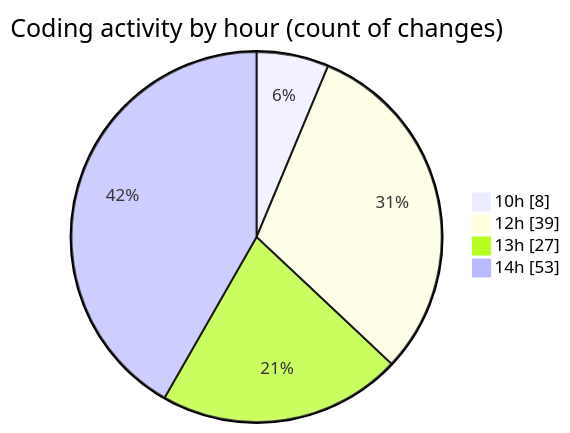
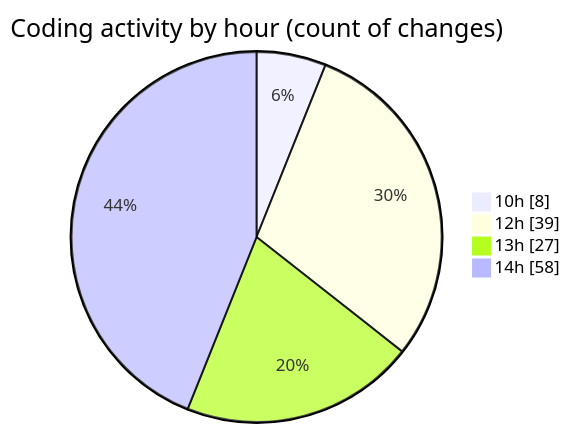
One commit to momahboobian/code-tracking changed the second of 2 diagrams in 2025-05-02/cda/README.md. Above: the diagram before and after it, drawn with Mermaid. The commit also changed other lines of this file and 1 other file, not shown here.

````diff
--- a/2025-05-02/cda/README.md
+++ b/2025-05-02/cda/README.md
@@ -41,8 +44,8 @@
 ```mermaid
 pie showData
 title Coding activity by hour (count of changes)
 "10h" : 8
 "12h" : 39
 "13h" : 27
-"14h" : 53
+"14h" : 58
 ```
````
